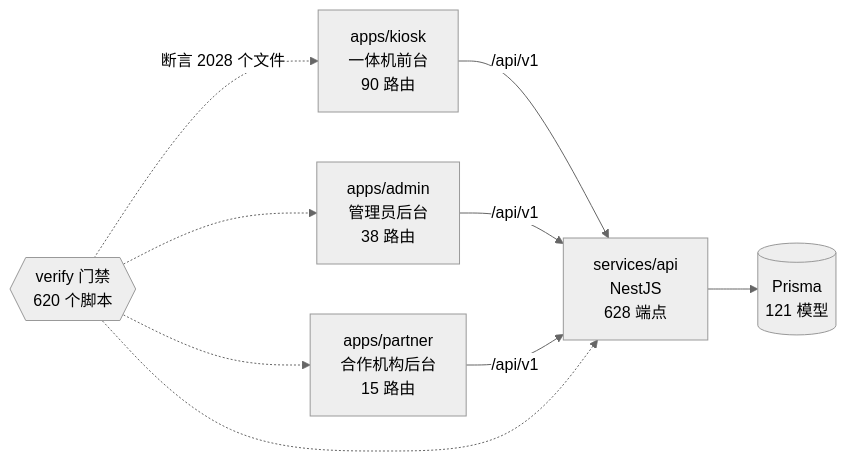
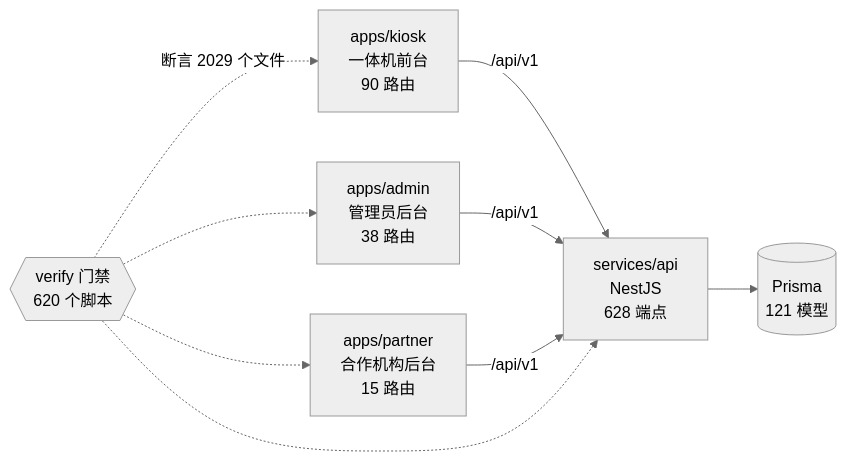
One commit to wanglei581/YITIJI changed the diagram in docs/graph/README.md. Above: the diagram before and after it, drawn with Mermaid (neutral theme). The commit also changed other lines of this file and 2 other files, not shown here.

Commit message:
docs(graph): B10 并 main 后重生成项目图谱（含 PrintProgressHelp.tsx 等新文件）

````diff
--- a/docs/graph/README.md
+++ b/docs/graph/README.md
@@ -68,18 +68,18 @@
 ```mermaid
 flowchart LR
   kiosk["apps/kiosk<br/>一体机前台<br/>90 路由"]
   admin["apps/admin<br/>管理员后台<br/>38 路由"]
   partner["apps/partner<br/>合作机构后台<br/>15 路由"]
   api["services/api<br/>NestJS<br/>628 端点"]
   db[("Prisma<br/>121 模型")]
   gates{{"verify 门禁<br/>620 个脚本"}}
 
   kiosk -->|"/api/v1"| api
   admin -->|"/api/v1"| api
   partner -->|"/api/v1"| api
   api --> db
-  gates -.->|"断言 2028 个文件"| kiosk
+  gates -.->|"断言 2029 个文件"| kiosk
   gates -.-> admin
   gates -.-> partner
   gates -.-> api
 ```
````
